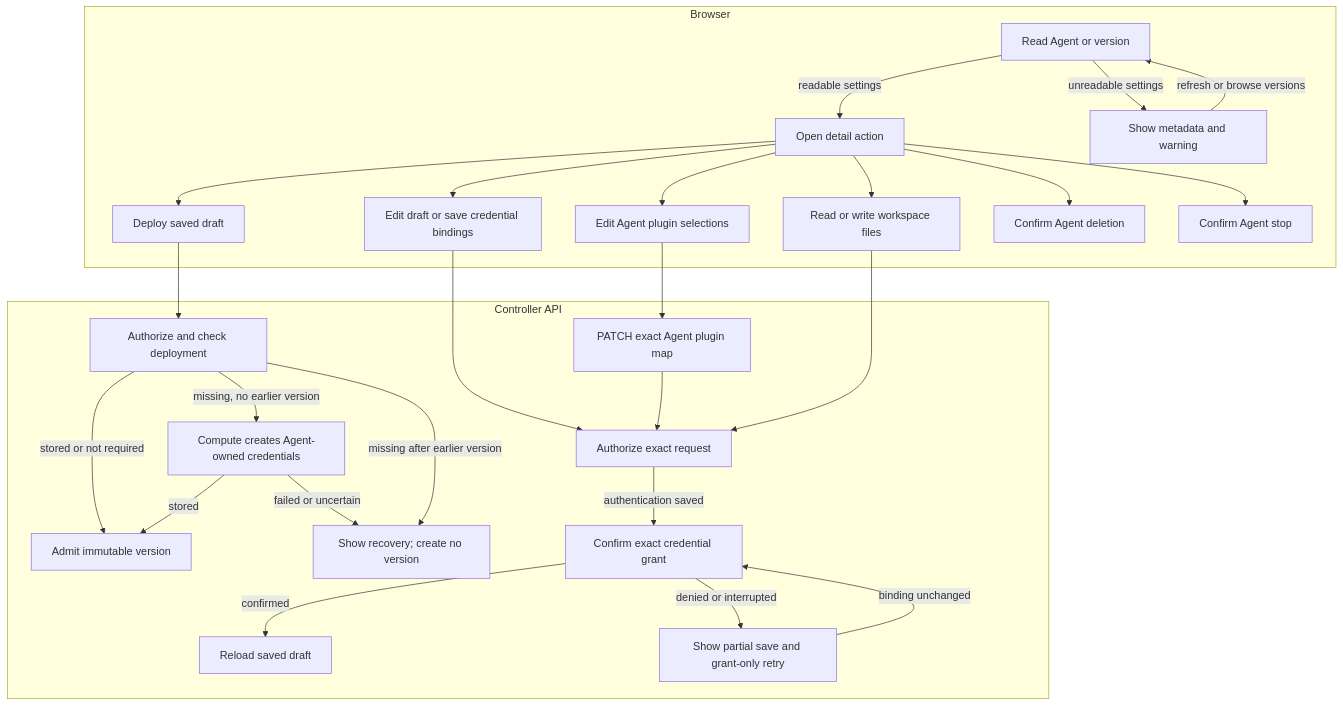
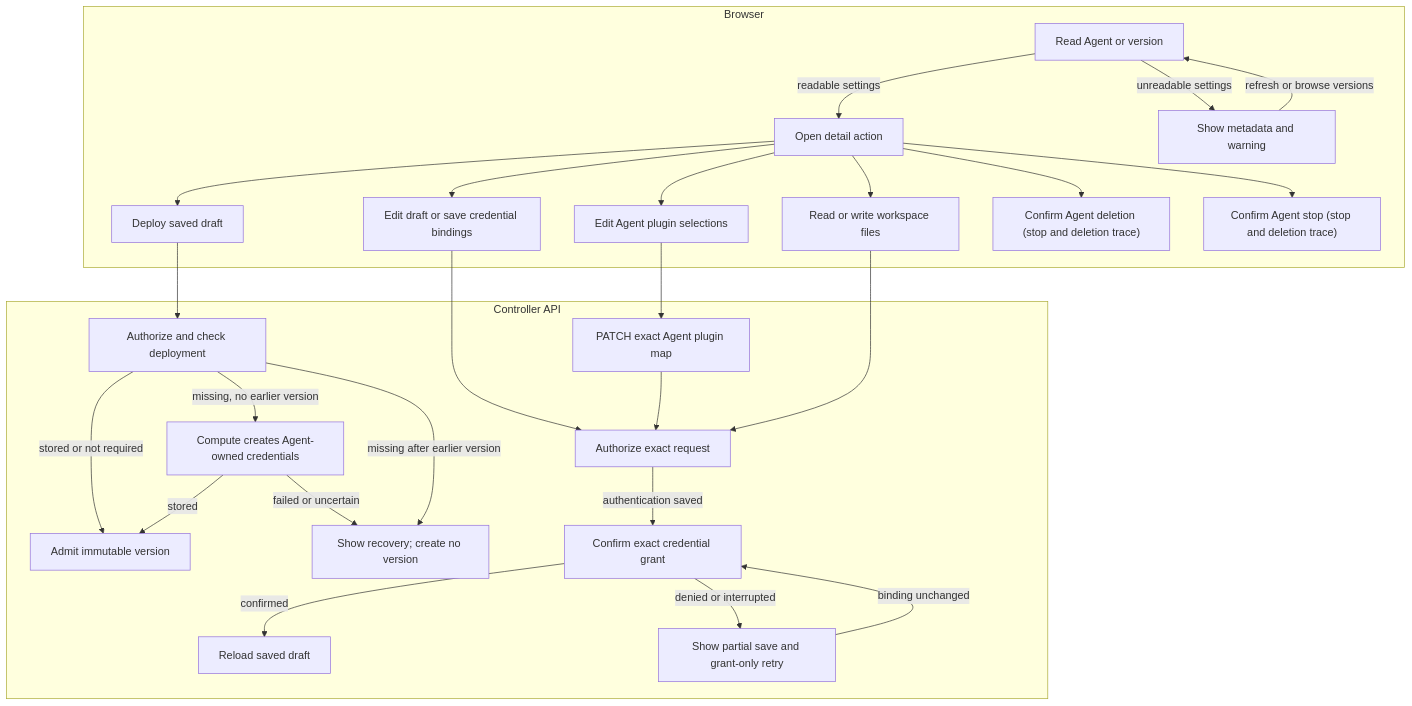
One commit to openclaw/openclaw-enterprise changed the diagram in docs/flows/platform-console/agent-editing.md. Above: the diagram before and after it, drawn with Mermaid. The commit also changed 6 other files, not shown here.

First line of the commit message:
docs(console): apply internal review to the reference and flow splits

````diff
--- a/docs/flows/platform-console/agent-editing.md
+++ b/docs/flows/platform-console/agent-editing.md
@@ -24,30 +24,30 @@
 ```mermaid
 graph TD
   subgraph Browser["Browser"]
     A["Read Agent or version"] -->|readable settings| B["Open detail action"]
     A -->|unreadable settings| AE["Show metadata and warning"]
     AE -->|refresh or browse versions| A
     B --> C["Edit draft or save credential bindings"]
     B --> P["Edit Agent plugin selections"]
     B --> Q["Deploy saved draft"]
     B --> D["Read or write workspace files"]
-    B --> E["Confirm Agent deletion"]
-    B --> S["Confirm Agent stop"]
+    B --> E["Confirm Agent deletion (stop and deletion trace)"]
+    B --> S["Confirm Agent stop (stop and deletion trace)"]
   end
   subgraph API["Controller API"]
     C --> F["Authorize exact request"]
     P --> PA["PATCH exact Agent plugin map"]
     PA --> F
     Q --> Y["Authorize and check deployment"]
     Y -->|missing, no earlier version| Z["Compute creates Agent-owned credentials"]
     Y -->|stored or not required| R["Admit immutable version"]
     Z -->|stored| R
     Z -->|failed or uncertain| N["Show recovery; create no version"]
     Y -->|missing after earlier version| N
     F -->|authentication saved| V["Confirm exact credential grant"]
     V -->|confirmed| W["Reload saved draft"]
     V -->|denied or interrupted| X["Show partial save and grant-only retry"]
     X -->|binding unchanged| V
     D --> F
   end
 ```
````
